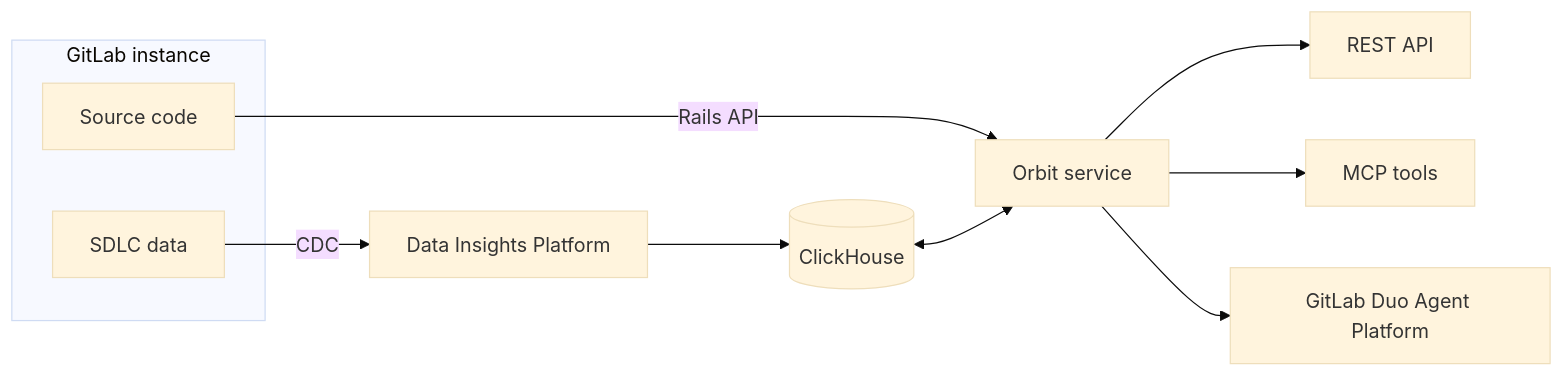
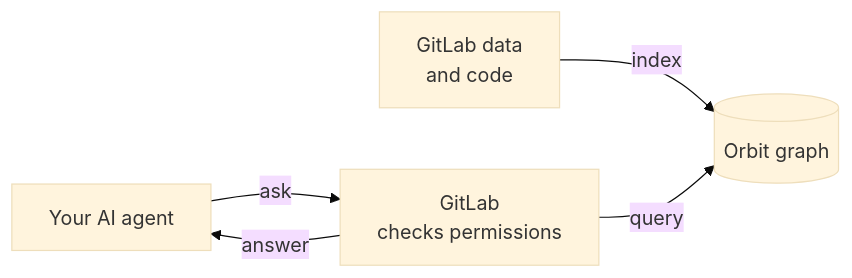
The diagram in README.md (gitlabhq/orbit-knowledge-graph), drawn with Mermaid (base theme) before and after one commit. The commit also changed other lines of this file, not shown here.

First line of the commit message:
docs(readme): rewrite the README as the GitLab Orbit front page

````diff
--- a/README.md
+++ b/README.md
@@ -51,16 +65,9 @@
 ```mermaid
 flowchart LR
-    subgraph GitLab["GitLab instance"]
-        SDLC[SDLC data]
-        Code[Source code]
-    end
-
-    SDLC -- CDC --> DIP[Data Insights Platform]
-    DIP --> CH[(ClickHouse)]
-    Code -- Rails API --> Orbit[Orbit service]
-    CH <--> Orbit
-
-    Orbit --> REST[REST API]
-    Orbit --> MCP[MCP tools]
-    Orbit --> DAP[GitLab Duo Agent Platform]
+  accTitle: How GitLab Orbit answers a question
+  accDescr: GitLab Orbit indexes GitLab data and code into the Orbit graph. Your agent asks GitLab. GitLab checks your permissions, queries the graph, and returns only the data that you can read.
+  source[GitLab data<br/>and code] -- index --> store[(Orbit graph)]
+  agent[Your AI agent] -- ask --> rails[GitLab<br/>checks permissions]
+  rails -- query --> store
+  rails -- answer --> agent
 ```
````
